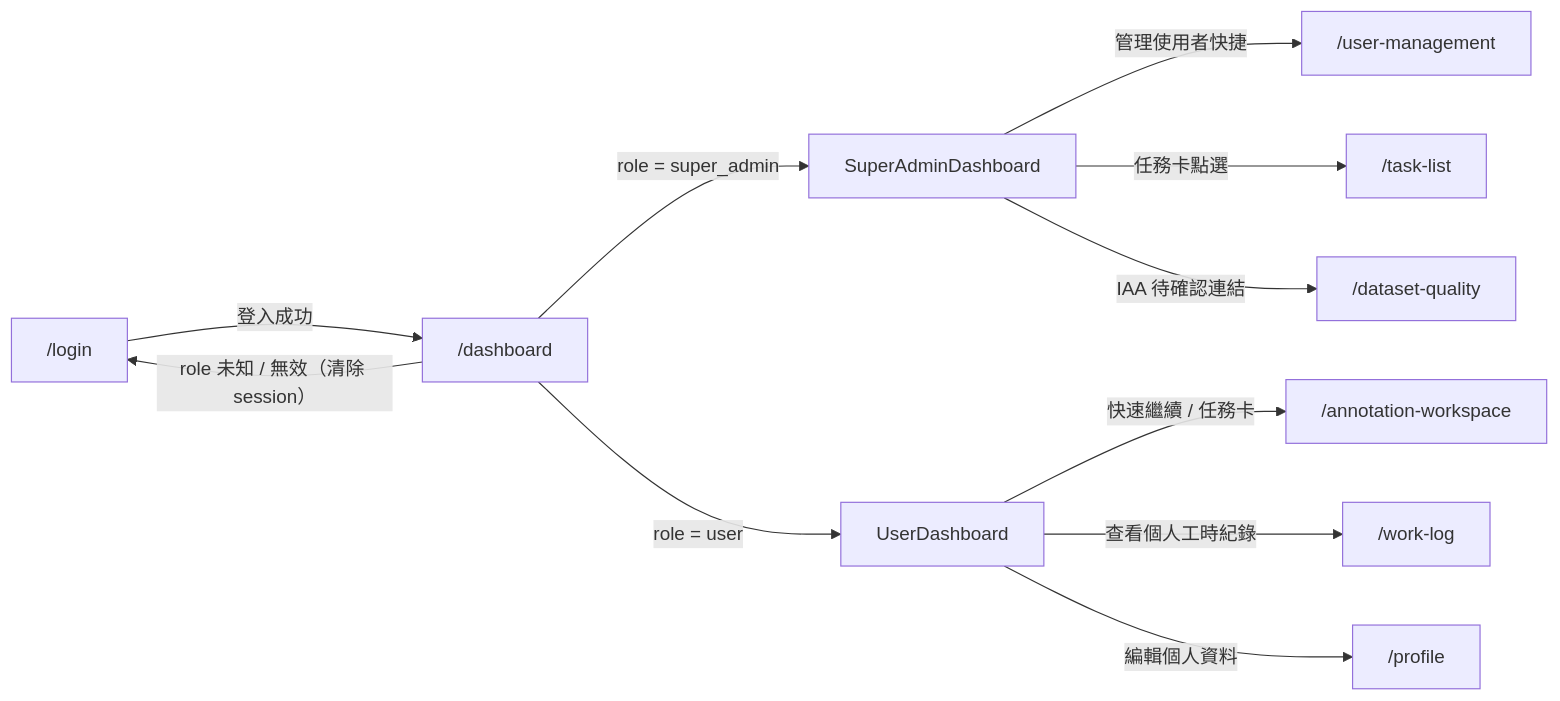
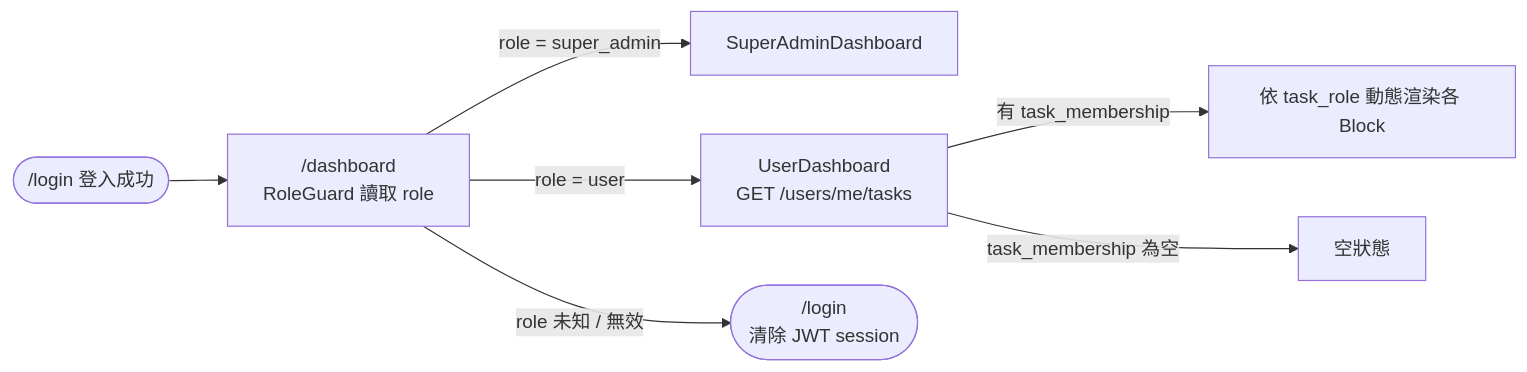
One commit to singyichen/label-suite changed the second of 7 diagrams in specs/dashboard/012-dashboard/spec.md. Above: the diagram before and after it, drawn with Mermaid. The commit also changed other lines of this file, not shown here.

Commit message:
docs: expand dashboard spec with per-role user flows and wireframe state tables

````diff
--- a/specs/dashboard/012-dashboard/spec.md
+++ b/specs/dashboard/012-dashboard/spec.md
@@ -161,26 +165,9 @@
 ```mermaid
 flowchart LR
-    login["/login"]
-    dashboard["/dashboard"]
-    superAdminDash["SuperAdminDashboard"]
-    annotatorDash["UserDashboard"]
-    taskList["/task-list"]
-    annotWorkspace["/annotation-workspace"]
-    workLog["/work-log"]
-    profile["/profile"]
-    userMgmt["/user-management"]
-    datasetQuality["/dataset-quality"]
-
-    login      -->|"登入成功"| dashboard
-    dashboard  -->|"role 未知 / 無效（清除 session）"| login
-    dashboard  -->|"role = super_admin"| superAdminDash
-    dashboard  -->|"role = user"| annotatorDash
-
-    superAdminDash -->|"管理使用者快捷"| userMgmt
-    superAdminDash -->|"任務卡點選"| taskList
-    superAdminDash -->|"IAA 待確認連結"| datasetQuality
-
-    annotatorDash  -->|"快速繼續 / 任務卡"| annotWorkspace
-    annotatorDash  -->|"查看個人工時紀錄"| workLog
-    annotatorDash  -->|"編輯個人資料"| profile
+    A(["/login 登入成功"]) --> B["/dashboard\nRoleGuard 讀取 role"]
+    B -->|"role = super_admin"| C["SuperAdminDashboard"]
+    B -->|"role = user"| D["UserDashboard\nGET /users/me/tasks"]
+    B -->|"role 未知 / 無效"| E(["/login\n清除 JWT session"])
+    D -->|"有 task_membership"| F["依 task_role 動態渲染各 Block"]
+    D -->|"task_membership 為空"| G["空狀態"]
 ```
````
